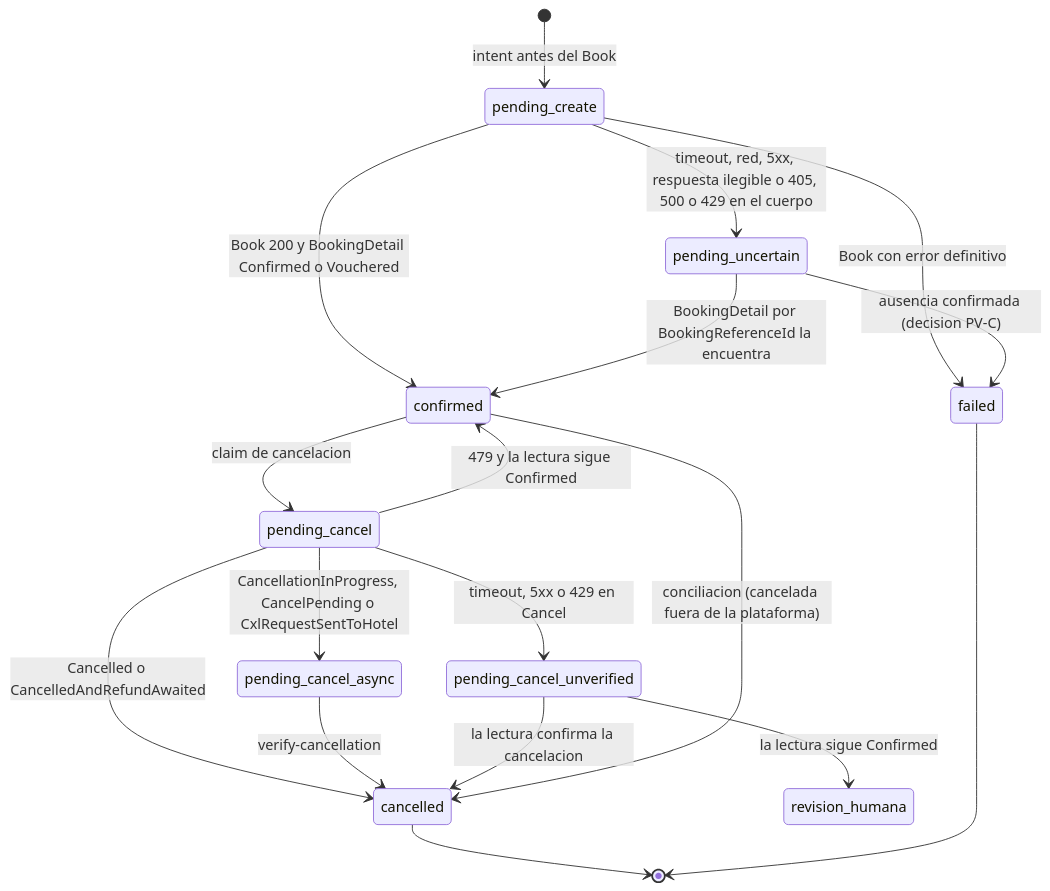
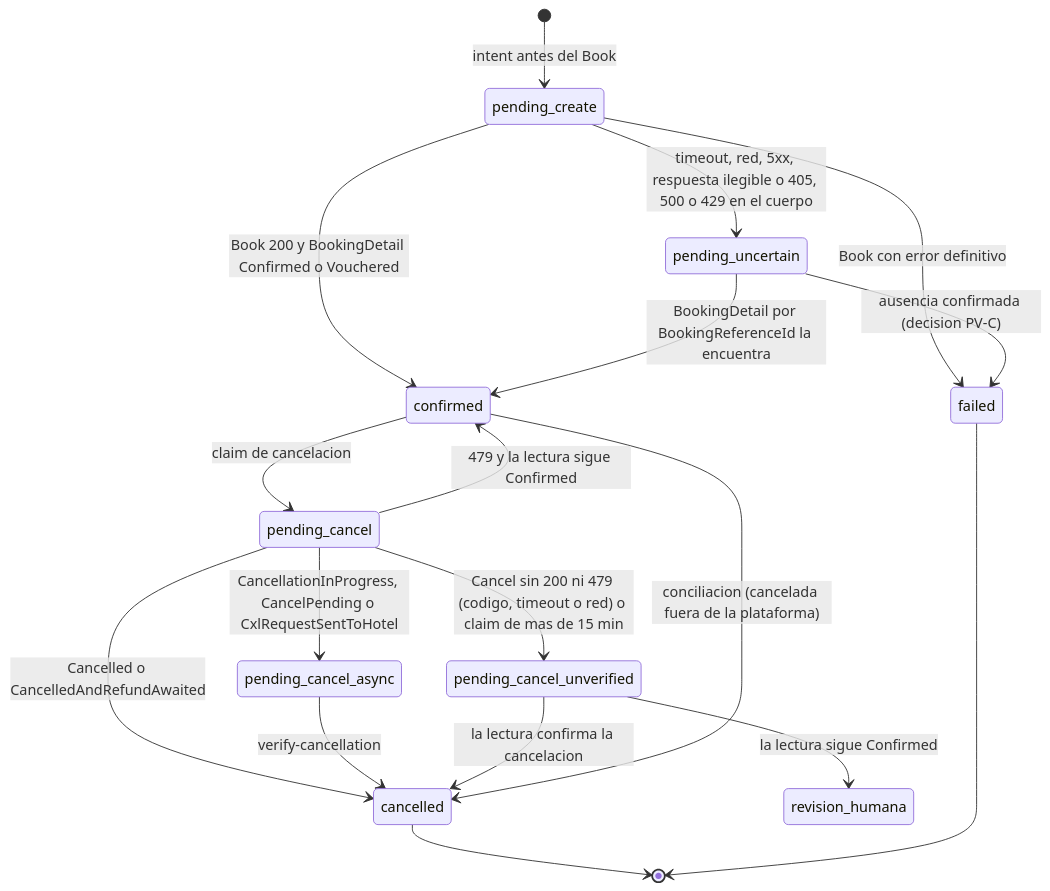
The diagram in docs/tbo/04-post-venta-detalle-cancelacion-y-conciliacion.md (Nipko/sales-travel), drawn with Mermaid before and after one commit. The commit also changed other lines of this file and 1 other file, not shown here.

````diff
--- a/docs/tbo/04-post-venta-detalle-cancelacion-y-conciliacion.md
+++ b/docs/tbo/04-post-venta-detalle-cancelacion-y-conciliacion.md
@@ -736,20 +769,20 @@
 ```mermaid
 stateDiagram-v2
     [*] --> pending_create: intent antes del Book
     pending_create --> confirmed: Book 200 y BookingDetail Confirmed o Vouchered
     pending_create --> failed: Book con error definitivo
     pending_create --> pending_uncertain: timeout, red, 5xx, respuesta ilegible o 405, 500 o 429 en el cuerpo
     pending_uncertain --> confirmed: BookingDetail por BookingReferenceId la encuentra
     pending_uncertain --> failed: ausencia confirmada (decision PV-C)
     confirmed --> pending_cancel: claim de cancelacion
     pending_cancel --> cancelled: Cancelled o CancelledAndRefundAwaited
     pending_cancel --> pending_cancel_async: CancellationInProgress, CancelPending o CxlRequestSentToHotel
     pending_cancel_async --> cancelled: verify-cancellation
     pending_cancel --> confirmed: 479 y la lectura sigue Confirmed
-    pending_cancel --> pending_cancel_unverified: timeout, 5xx o 429 en Cancel
+    pending_cancel --> pending_cancel_unverified: Cancel sin 200 ni 479 (codigo, timeout o red) o claim de mas de 15 min
     pending_cancel_unverified --> cancelled: la lectura confirma la cancelacion
     pending_cancel_unverified --> revision_humana: la lectura sigue Confirmed
     confirmed --> cancelled: conciliacion (cancelada fuera de la plataforma)
     cancelled --> [*]
     failed --> [*]
 ```
````
